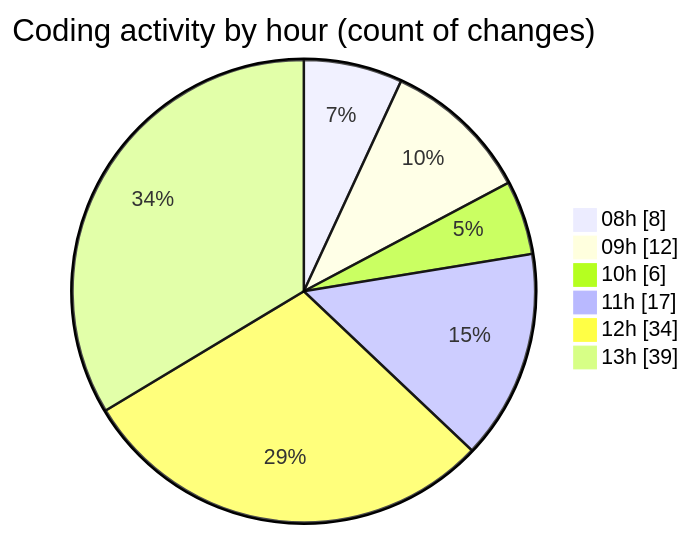
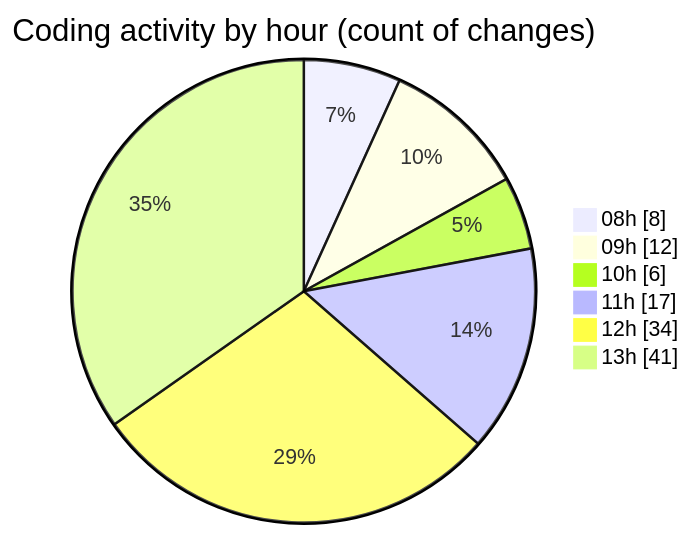
The second of 2 diagrams in 2025-09-15/cda/README.md (momahboobian/code-tracking), drawn with Mermaid before and after one commit. The commit also changed other lines of this file and 1 other file, not shown here.

````diff
--- a/2025-09-15/cda/README.md
+++ b/2025-09-15/cda/README.md
@@ -35,10 +35,10 @@
 ```mermaid
 pie showData
 title Coding activity by hour (count of changes)
 "08h" : 8
 "09h" : 12
 "10h" : 6
 "11h" : 17
 "12h" : 34
-"13h" : 39
+"13h" : 41
 ```
````
